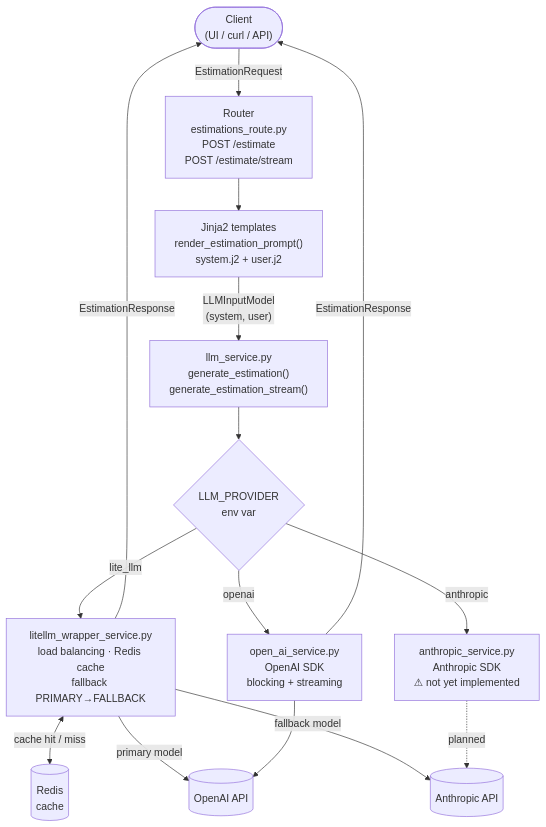
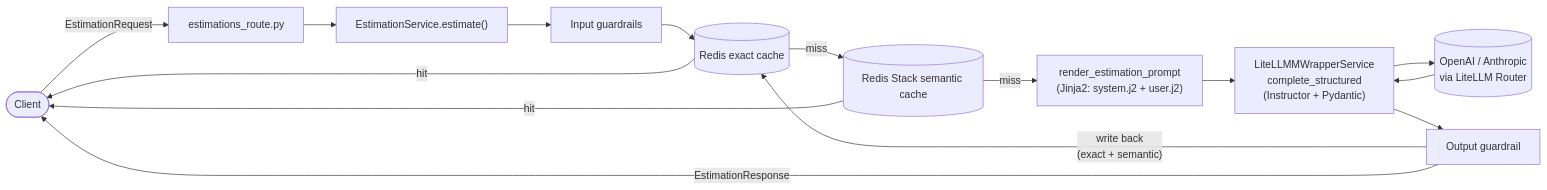
Before and after one commit to ferfervi/ai-program-2026: the first of 2 diagrams in README.md, drawn with Mermaid. The commit also changed other lines of this file and 18 other files, not shown here.

````diff
--- a/README.md
+++ b/README.md
@@ -240,29 +231,28 @@
 ```mermaid
-flowchart TD
-    Client(["Client\n(UI / curl / API)"])
-    Router["Router\nestimations_route.py\nPOST /estimate\nPOST /estimate/stream"]
-    Prompts["Jinja2 templates\nrender_estimation_prompt()\nsystem.j2 + user.j2"]
-    LLMService["llm_service.py\ngenerate_estimation()\ngenerate_estimation_stream()"]
-    Decision{"LLM_PROVIDER\nenv var"}
-    LiteLLM["litellm_wrapper_service.py\nload balancing · Redis cache\nfallback PRIMARY→FALLBACK"]
-    OpenAI["open_ai_service.py\nOpenAI SDK\nblocking + streaming"]
-    Anthropic["anthropic_service.py\nAnthropic SDK\n⚠ not yet implemented"]
-    ExternalOpenAI[("OpenAI API")]
-    ExternalAnthropic[("Anthropic API")]
-    Redis[("Redis\ncache")]
+flowchart LR
+    Client(["Client"])
+    Router["estimations_route.py"]
+    Service["EstimationService.estimate()"]
+    InputGR["Input guardrails"]
+    Exact[("Redis exact cache")]
+    Semantic[("Redis Stack semantic cache")]
+    Render["render_estimation_prompt\n(Jinja2: system.j2 + user.j2)"]
+    Wrapper["LiteLLMMWrapperService\ncomplete_structured\n(Instructor + Pydantic)"]
+    LLM[("OpenAI / Anthropic\nvia LiteLLM Router")]
+    OutGR["Output guardrail"]
 
-    Client -->|"EstimationRequest"| Router
-    Router --> Prompts
-    Prompts -->|"LLMInputModel\n(system, user)"| LLMService
-    LLMService --> Decision
-    Decision -->|"lite_llm"| LiteLLM
-    Decision -->|"openai"| OpenAI
-    Decision -->|"anthropic"| Anthropic
-    LiteLLM <-->|"cache hit / miss"| Redis
-    LiteLLM -->|"primary model"| ExternalOpenAI
-    LiteLLM -->|"fallback model"| ExternalAnthropic
-    OpenAI --> ExternalOpenAI
-    Anthropic -.->|"planned"| ExternalAnthropic
-    LiteLLM -->|"EstimationResponse"| Client
-    OpenAI -->|"EstimationResponse"| Client
+    Client -->|EstimationRequest| Router
+    Router --> Service
+    Service --> InputGR
+    InputGR --> Exact
+    Exact -- miss --> Semantic
+    Exact -- hit --> Client
+    Semantic -- miss --> Render
+    Semantic -- hit --> Client
+    Render --> Wrapper
+    Wrapper --> LLM
+    LLM --> Wrapper
+    Wrapper --> OutGR
+    OutGR -->|"write back\n(exact + semantic)"| Exact
+    OutGR -->|EstimationResponse| Client
 ```
````
